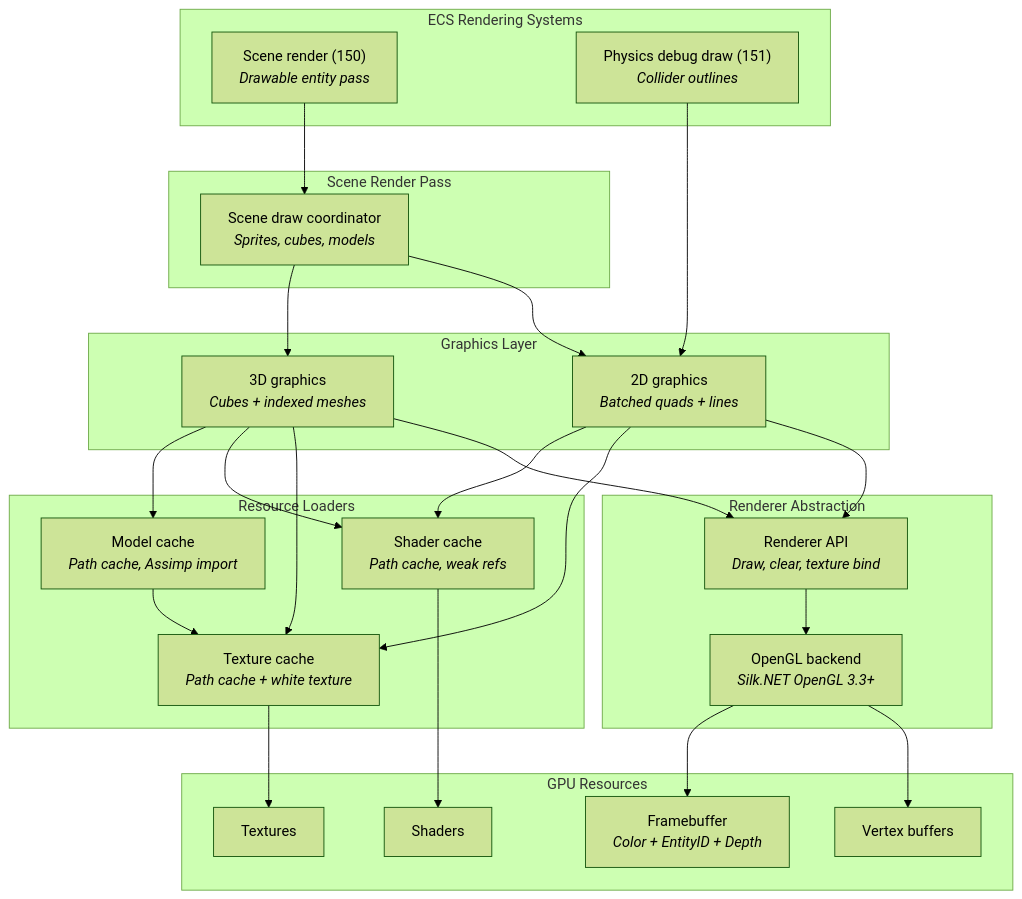
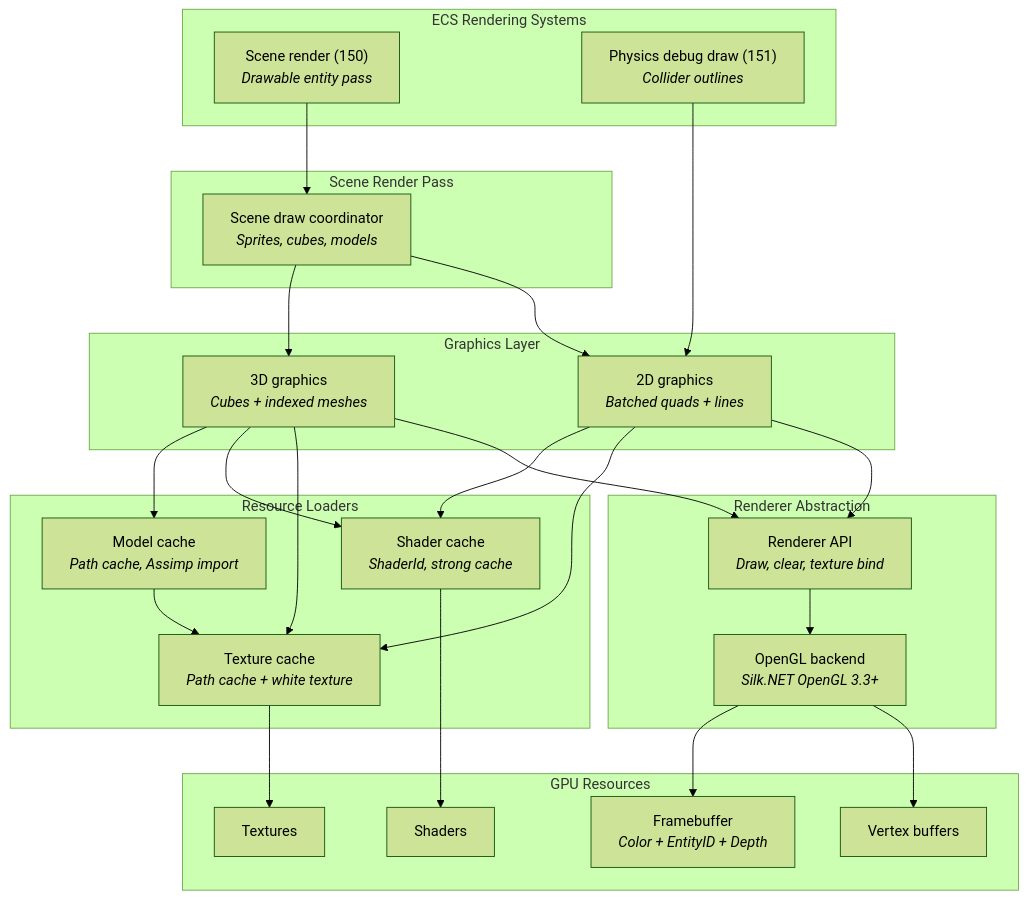
The first of 5 diagrams in docs/architecture/rendering-pipeline.md (kateusz/GameEngine), drawn with Mermaid (forest theme) before and after one commit. The commit also changed other lines of this file and 15 other files, not shown here.

````diff
--- a/docs/architecture/rendering-pipeline.md
+++ b/docs/architecture/rendering-pipeline.md
@@ -9,52 +9,52 @@
 ```mermaid
 graph TB
     subgraph "ECS Rendering Systems"
         SRS["Scene render (150)<br/><i>Drawable entity pass</i>"]
         PDRS["Physics debug draw (151)<br/><i>Collider outlines</i>"]
     end
 
     subgraph "Scene Render Pass"
         SRP["Scene draw coordinator<br/><i>Sprites, cubes, models</i>"]
     end
 
     subgraph "Graphics Layer"
         G2D["2D graphics<br/><i>Batched quads + lines</i>"]
         G3D["3D graphics<br/><i>Cubes + indexed meshes</i>"]
     end
 
     subgraph "Resource Loaders"
         TF["Texture cache<br/><i>Path cache + white texture</i>"]
-        SF["Shader cache<br/><i>Path cache, weak refs</i>"]
+        SF["Shader cache<br/><i>ShaderId, strong cache</i>"]
         MF["Model cache<br/><i>Path cache, Assimp import</i>"]
     end
 
     subgraph "Renderer Abstraction"
         API["Renderer API<br/><i>Draw, clear, texture bind</i>"]
         OAPI["OpenGL backend<br/><i>Silk.NET OpenGL 3.3+</i>"]
     end
 
     subgraph "GPU Resources"
         VAO["Vertex buffers"]
         FB["Framebuffer<br/><i>Color + EntityID + Depth</i>"]
         Tex["Textures"]
         Shader["Shaders"]
     end
 
     SRS --> SRP
     SRP --> G2D
     SRP --> G3D
     PDRS --> G2D
     G2D --> API
     G2D --> TF
     G2D --> SF
     G3D --> API
     G3D --> TF
     G3D --> SF
     G3D --> MF
     MF --> TF
     API --> OAPI
     OAPI --> VAO
     OAPI --> FB
     TF --> Tex
     SF --> Shader
 ```
````
